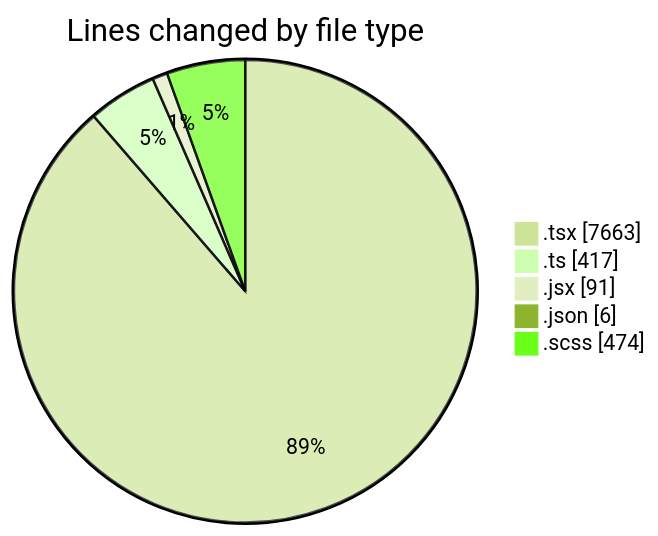
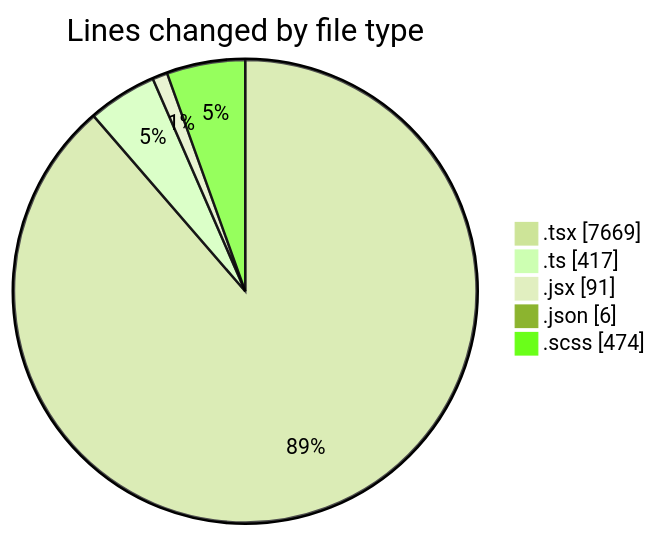
One commit to momahboobian/code-tracking changed the first of 2 diagrams in 2026-04-27/cda/README.md. Above: the diagram before and after it, drawn with Mermaid (forest theme). The commit also changed other lines of this file and 1 other file, not shown here.

````diff
--- a/2026-04-27/cda/README.md
+++ b/2026-04-27/cda/README.md
@@ -48,9 +48,9 @@
 ```mermaid
 pie showData
 title Lines changed by file type
-".tsx" : 7663
+".tsx" : 7669
 ".ts" : 417
 ".jsx" : 91
 ".json" : 6
 ".scss" : 474
 ```
````
